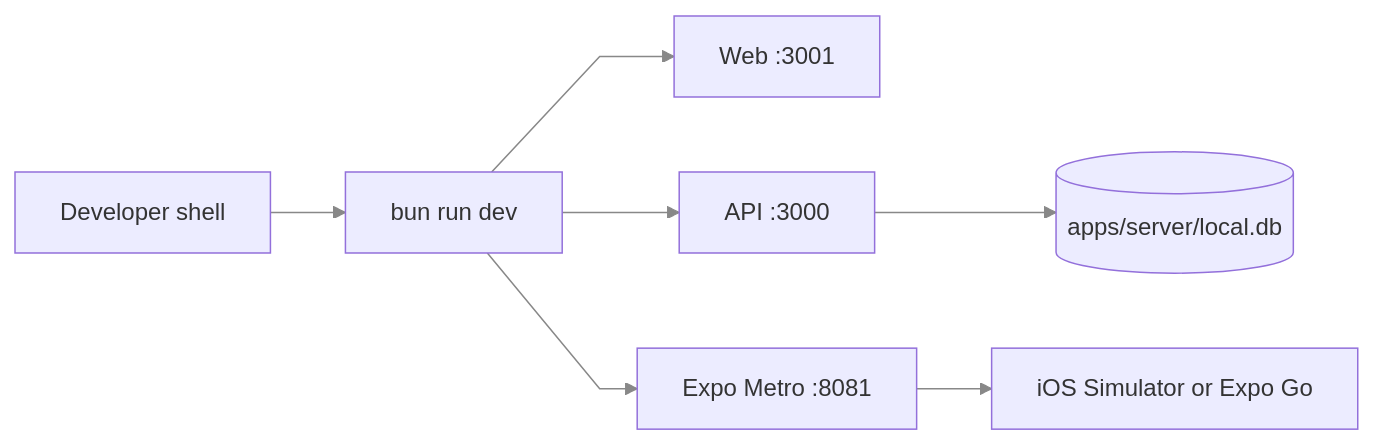
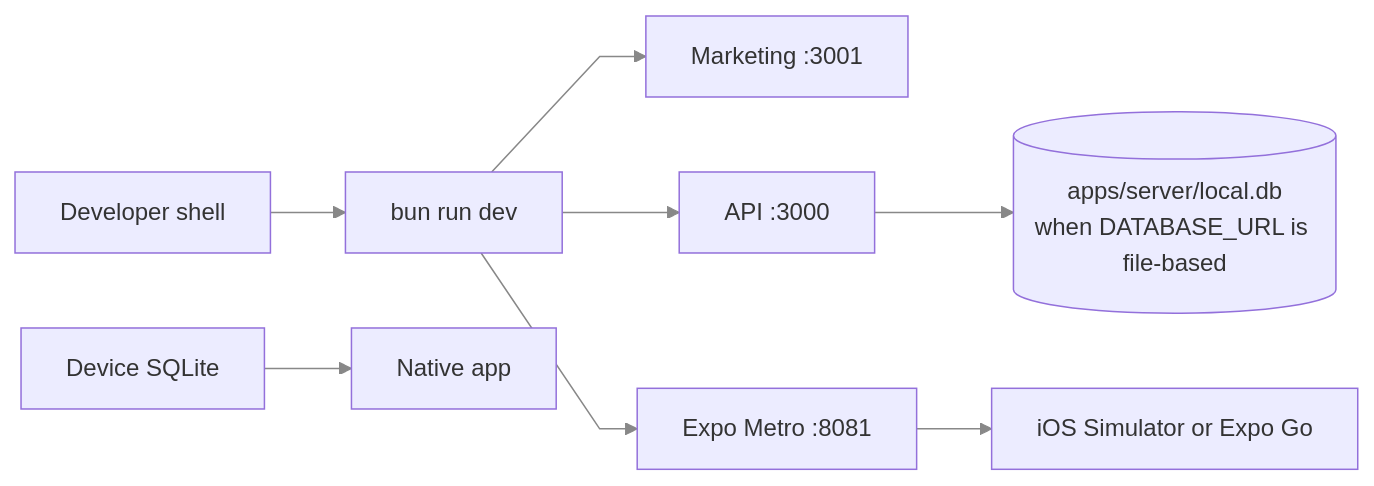
The third of 3 diagrams in docs/ARCHITECTURE.md (matheuseabra/fullstack-expo-app-template), drawn with Mermaid before and after one commit. The commit also changed other lines of this file and 9 other files, not shown here.

````diff
--- a/docs/ARCHITECTURE.md
+++ b/docs/ARCHITECTURE.md
@@ -70,11 +81,12 @@
 ```mermaid
 %%{init: {"flowchart": {"curve": "linear"}, "themeVariables": {"lineColor": "#888888"}}}%%
 flowchart LR
     Dev[Developer shell] --> Turbo[bun run dev]
-    Turbo --> Web[Web :3001]
+    Turbo --> Web[Marketing :3001]
     Turbo --> API[API :3000]
     Turbo --> Metro[Expo Metro :8081]
     Metro --> Sim[iOS Simulator or Expo Go]
-    API --> Local[(apps/server/local.db)]
+    MobileDB[Device SQLite] --> Mobile[Native app]
+    API --> Local[(apps/server/local.db\nwhen DATABASE_URL is file-based)]
     linkStyle default stroke-width:1px,fill:none
 ```
````
